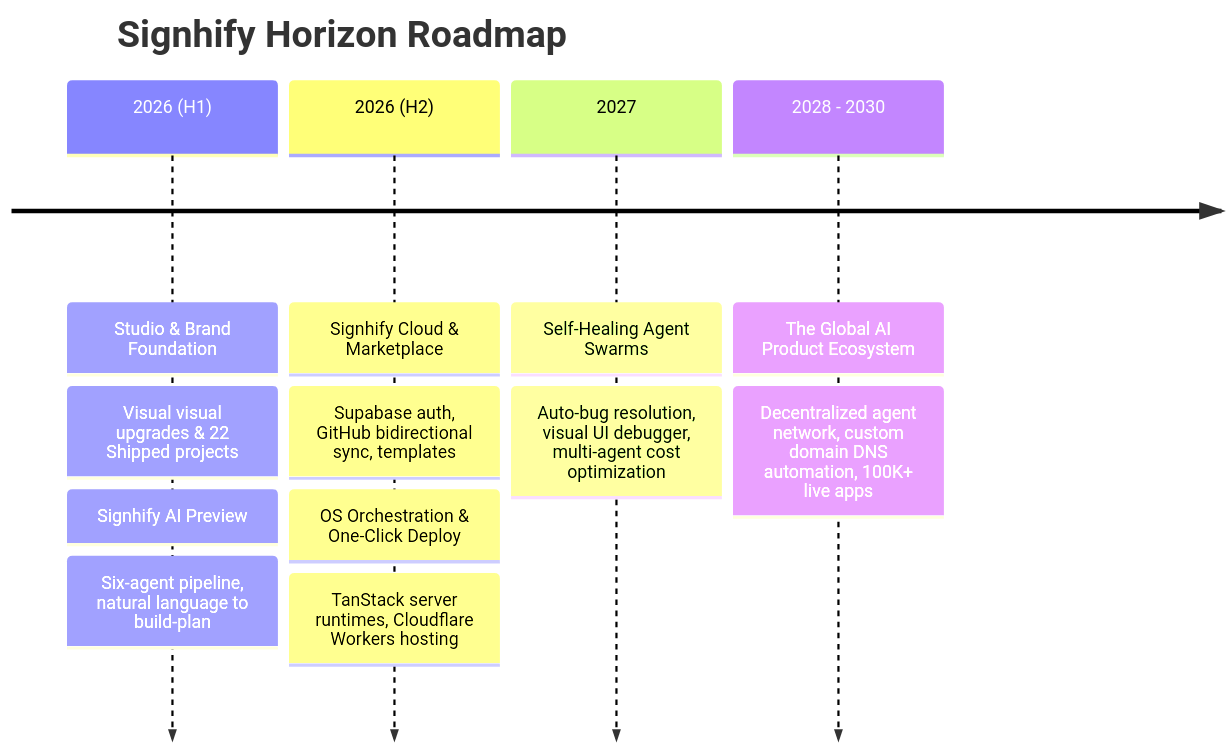
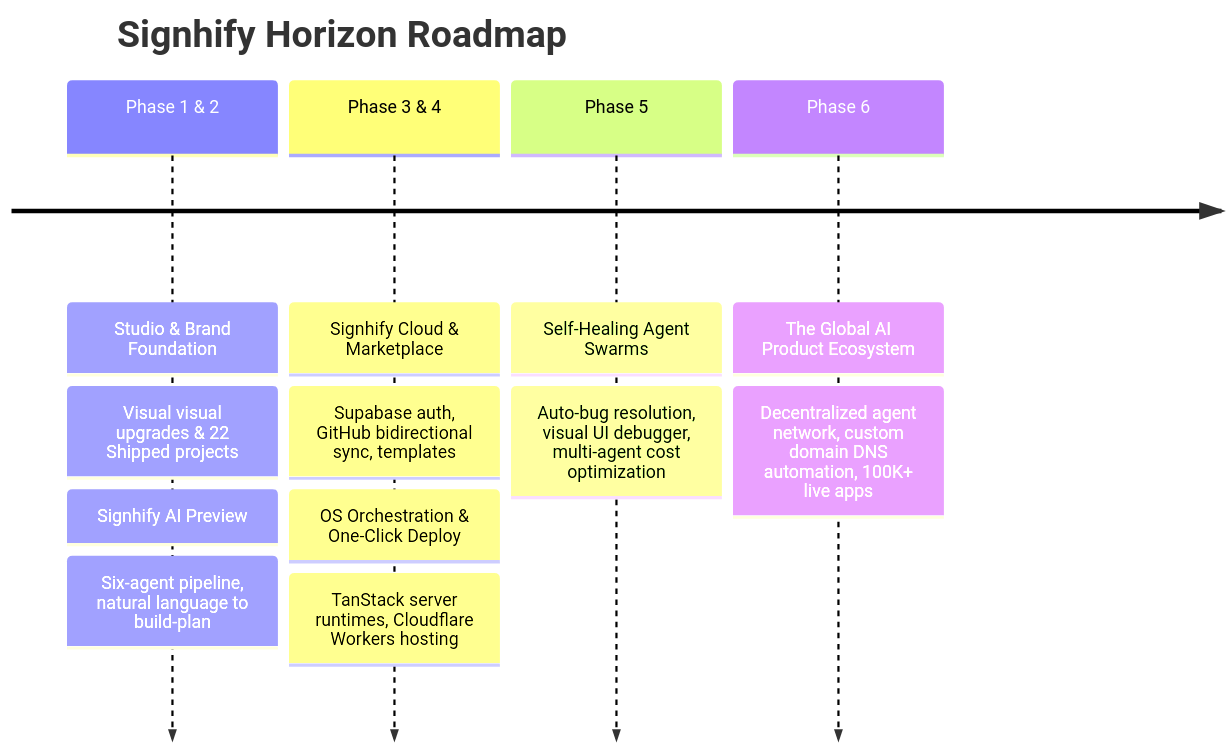
Before and after one commit to Warriorlegacy/Signhify_Studio: the diagram in final-level-roadmap.md, drawn with Mermaid. The commit also changed other lines of this file, not shown here.

Commit message:
docs(roadmap): remove timeline bounds to speed up delivery

````diff
--- a/final-level-roadmap.md
+++ b/final-level-roadmap.md
@@ -11,10 +11,10 @@
 ```mermaid
 timeline
     title Signhify Horizon Roadmap
-    2026 (H1) : Studio & Brand Foundation : Visual visual upgrades & 22 Shipped projects
-              : Signhify AI Preview : Six-agent pipeline, natural language to build-plan
-    2026 (H2) : Signhify Cloud & Marketplace : Supabase auth, GitHub bidirectional sync, templates
-              : OS Orchestration & One-Click Deploy : TanStack server runtimes, Cloudflare Workers hosting
-    2027 : Self-Healing Agent Swarms : Auto-bug resolution, visual UI debugger, multi-agent cost optimization
-    2028 - 2030 : The Global AI Product Ecosystem : Decentralized agent network, custom domain DNS automation, 100K+ live apps
+    Phase 1 & 2 : Studio & Brand Foundation : Visual visual upgrades & 22 Shipped projects
+                : Signhify AI Preview : Six-agent pipeline, natural language to build-plan
+    Phase 3 & 4 : Signhify Cloud & Marketplace : Supabase auth, GitHub bidirectional sync, templates
+                : OS Orchestration & One-Click Deploy : TanStack server runtimes, Cloudflare Workers hosting
+    Phase 5 : Self-Healing Agent Swarms : Auto-bug resolution, visual UI debugger, multi-agent cost optimization
+    Phase 6 : The Global AI Product Ecosystem : Decentralized agent network, custom domain DNS automation, 100K+ live apps
 ```
````
